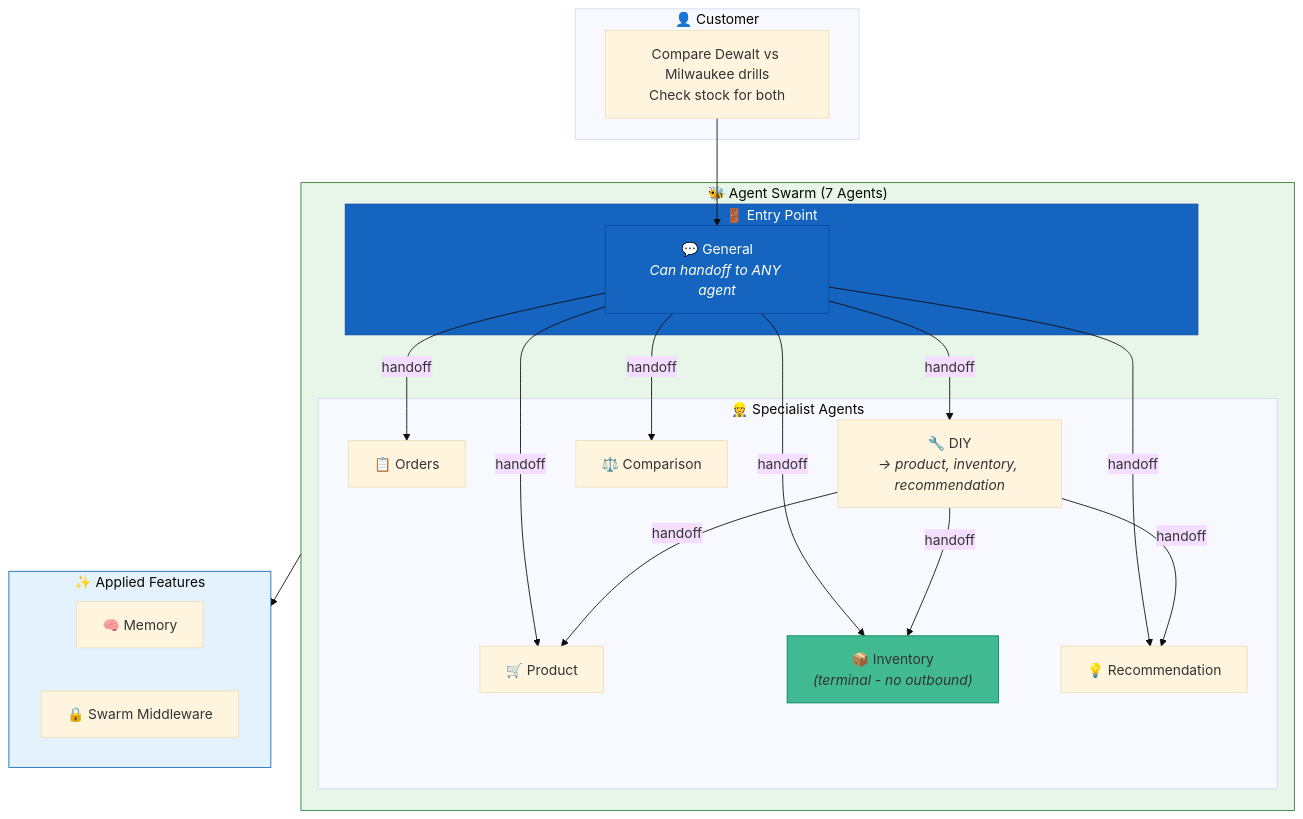
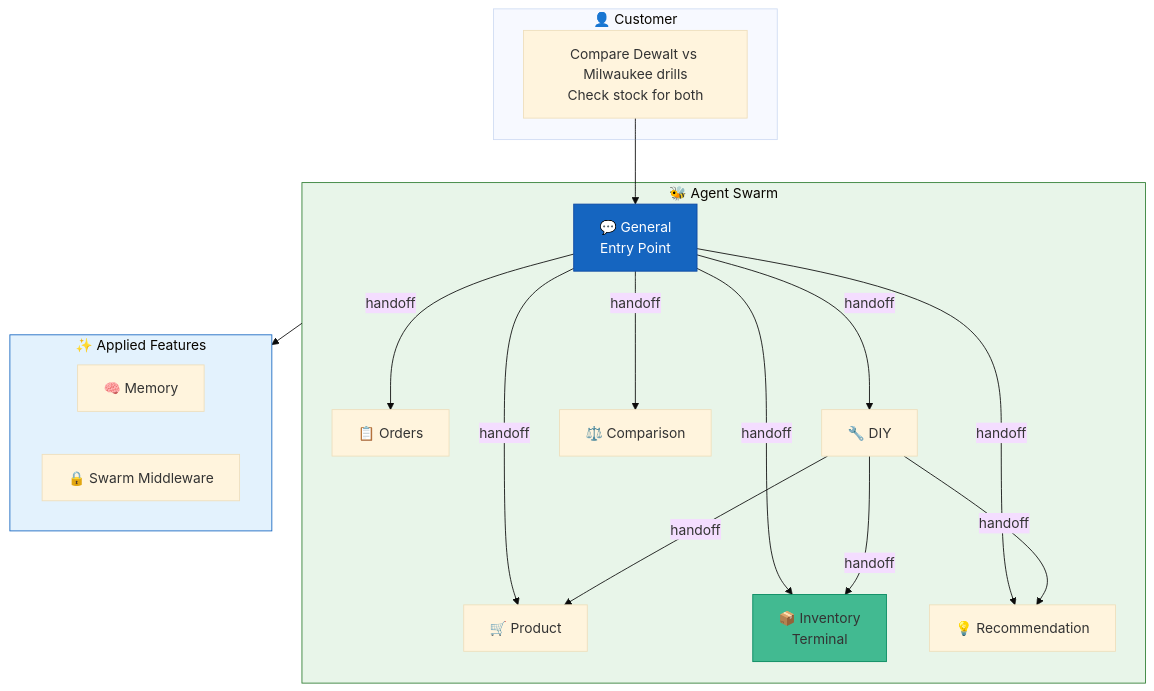
The third of 7 diagrams in config/examples/15_complete_applications/README.md (natefleming/retail-ai), drawn with Mermaid before and after one commit. The commit also changed other lines of this file, not shown here.

Commit message:
inc commit

````diff
--- a/config/examples/15_complete_applications/README.md
+++ b/config/examples/15_complete_applications/README.md
@@ -119,45 +115,39 @@
 ```mermaid
 %%{init: {'theme': 'base'}}%%
 flowchart TB
     subgraph User["👤 Customer"]
         Query["Compare Dewalt vs Milwaukee drills<br/>Check stock for both"]
     end
 
-    subgraph Swarm["🐝 Agent Swarm (7 Agents)"]
-        subgraph EntryPoint["🚪 Entry Point"]
-            General["💬 General<br/><i>Can handoff to ANY agent</i>"]
-        end
-        
-        subgraph Workers["👷 Specialist Agents"]
-            Orders["📋 Orders"]
-            DIY["🔧 DIY<br/><i>→ product, inventory, recommendation</i>"]
-            Product["🛒 Product"]
-            Inventory["📦 Inventory<br/><i>(terminal - no outbound)</i>"]
-            Comparison["⚖️ Comparison"]
-            Recommendation["💡 Recommendation"]
-        end
+    subgraph Swarm["🐝 Agent Swarm"]
+        General["💬 General<br/>Entry Point"]
+        Orders["📋 Orders"]
+        DIY["🔧 DIY"]
+        Product["🛒 Product"]
+        Inventory["📦 Inventory<br/>Terminal"]
+        Comparison["⚖️ Comparison"]
+        Recommendation["💡 Recommendation"]
     end
 
     subgraph Features["✨ Applied Features"]
         Memory["🧠 Memory"]
         Middleware["🔒 Swarm Middleware"]
     end
 
     Query --> General
-    General -->|"handoff"| Orders
-    General -->|"handoff"| DIY
-    General -->|"handoff"| Product
-    General -->|"handoff"| Inventory
-    General -->|"handoff"| Comparison
-    General -->|"handoff"| Recommendation
-    DIY -->|"handoff"| Product
-    DIY -->|"handoff"| Inventory
-    DIY -->|"handoff"| Recommendation
+    General -->|handoff| Orders
+    General -->|handoff| DIY
+    General -->|handoff| Product
+    General -->|handoff| Inventory
+    General -->|handoff| Comparison
+    General -->|handoff| Recommendation
+    DIY -->|handoff| Product
+    DIY -->|handoff| Inventory
+    DIY -->|handoff| Recommendation
     Swarm --> Features
 
-    style EntryPoint fill:#1565c0,stroke:#0d47a1,color:#fff
     style General fill:#1565c0,stroke:#0d47a1,color:#fff
     style Inventory fill:#42BA91,stroke:#00875C
     style Swarm fill:#e8f5e9,stroke:#2e7d32
     style Features fill:#e3f2fd,stroke:#1565c0
 ```
````
